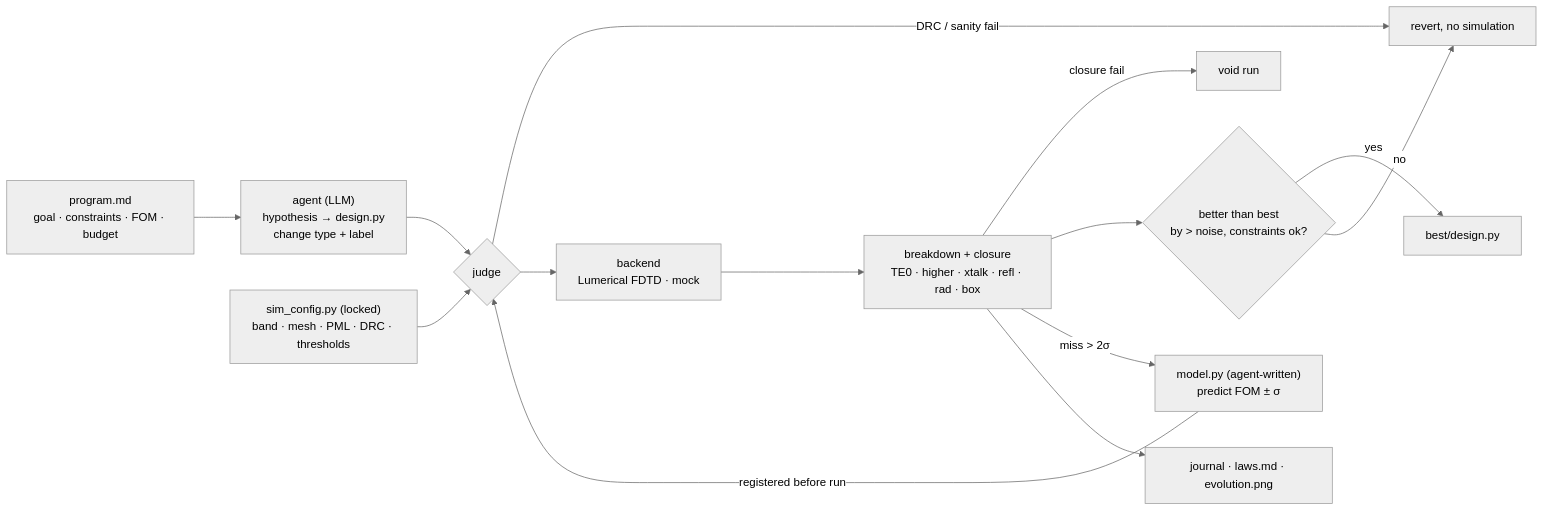
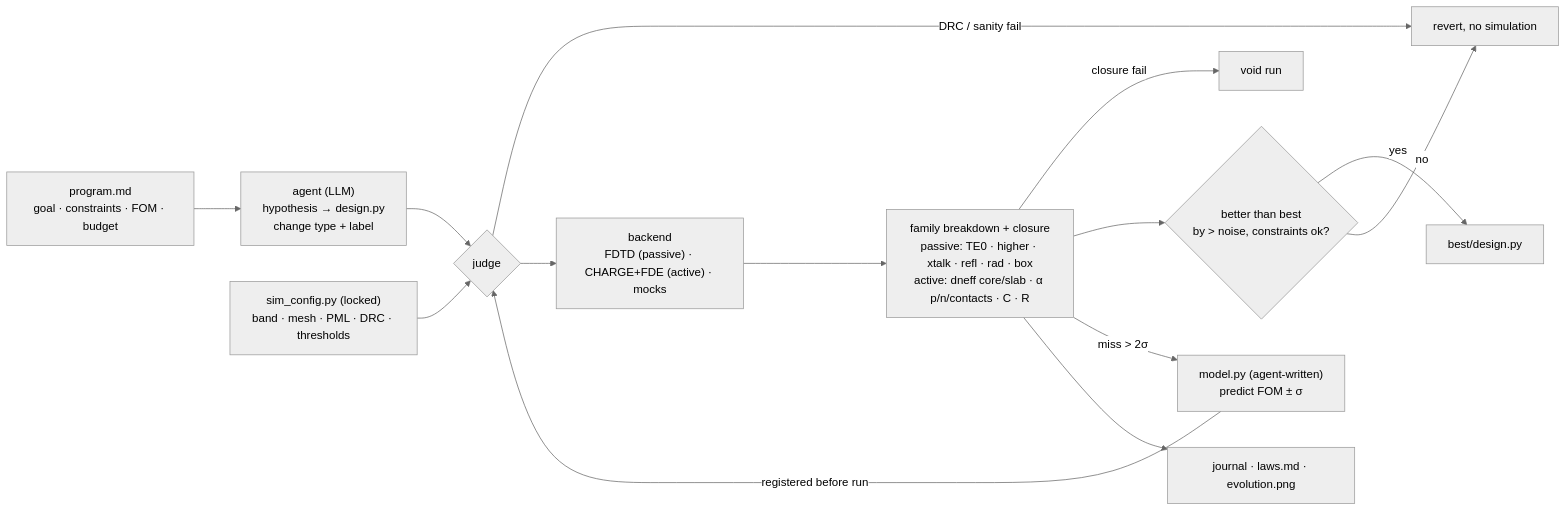
One commit to q3430468220-tech/photonics-design-agent changed the diagram in README.md. Above: the diagram before and after it, drawn with Mermaid (neutral theme). The commit also changed other lines of this file and 33 other files, not shown here.

First line of the commit message:
v0.2: active devices - device-family layer and lateral PN phase-shifter family

````diff
--- a/README.md
+++ b/README.md
@@ -42,16 +59,16 @@
 ```mermaid
 flowchart LR
     H["program.md<br/>goal · constraints · FOM · budget"] --> A
     C["sim_config.py (locked)<br/>band · mesh · PML · DRC · thresholds"] --> J
     A["agent (LLM)<br/>hypothesis → design.py<br/>change type + label"] --> J{"judge"}
     M["model.py (agent-written)<br/>predict FOM ± σ"] -- "registered before run" --> J
     J -- "DRC / sanity fail" --> R["revert, no simulation"]
-    J --> S["backend<br/>Lumerical FDTD · mock"]
-    S --> D["breakdown + closure<br/>TE0 · higher · xtalk · refl · rad · box"]
+    J --> S["backend<br/>FDTD (passive) · CHARGE+FDE (active) · mocks"]
+    S --> D["family breakdown + closure<br/>passive: TE0 · higher · xtalk · refl · rad · box<br/>active: dneff core/slab · α p/n/contacts · C · R"]
     D -- "closure fail" --> V["void run"]
     D --> K{"better than best<br/>by > noise, constraints ok?"}
     K -- yes --> B["best/design.py"]
     K -- no --> R
     D -- "miss > 2σ" --> M
     D --> L["journal · laws.md · evolution.png"]
 ```
````
